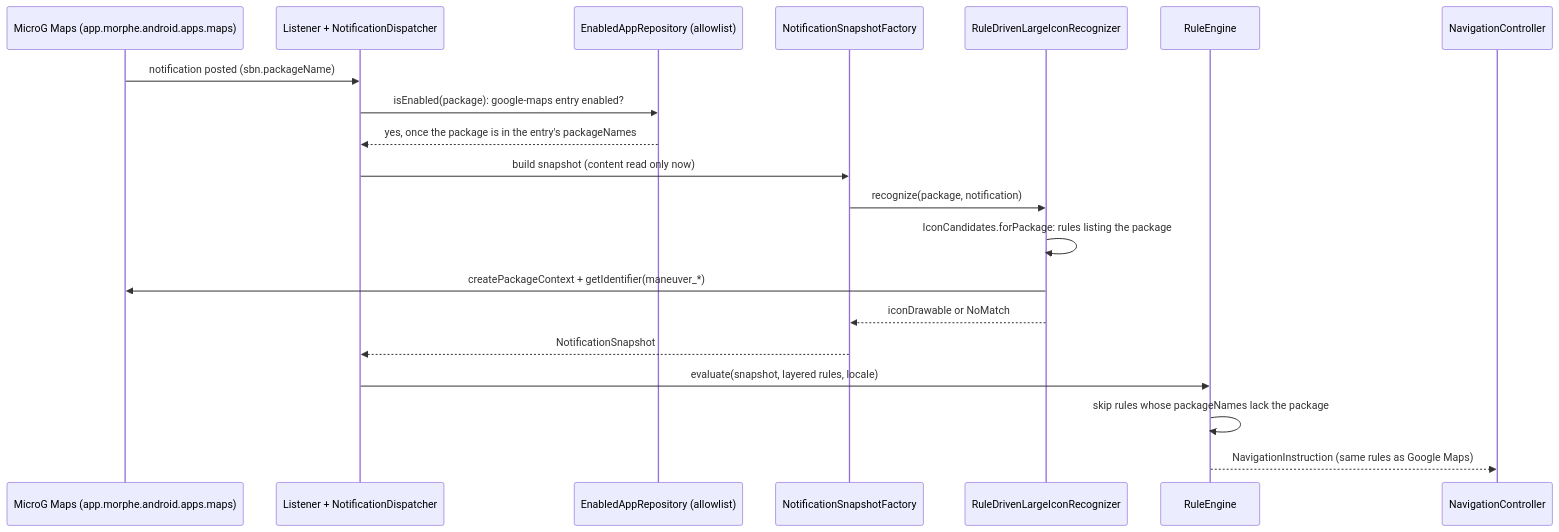
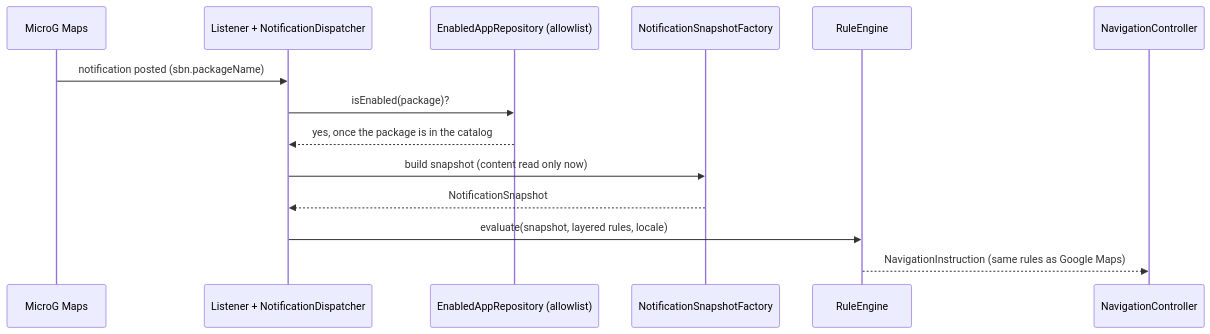
One commit to optio/PebbleNTN changed the seventh of 12 diagrams in aidlc/spaces/default/codekb/PebbleNTN/architecture.md. Above: the diagram before and after it, drawn with Mermaid. The commit also changed other lines of this file and 101 other files, not shown here.

````diff
--- a/aidlc/spaces/default/codekb/PebbleNTN/architecture.md
+++ b/aidlc/spaces/default/codekb/PebbleNTN/architecture.md
@@ -194,22 +238,16 @@
 ```mermaid
 sequenceDiagram
-  participant MM as MicroG Maps (app.morphe.android.apps.maps)
+  participant MM as MicroG Maps
   participant L as Listener + NotificationDispatcher
   participant EA as EnabledAppRepository (allowlist)
   participant SF as NotificationSnapshotFactory
-  participant IR as RuleDrivenLargeIconRecognizer
   participant E as RuleEngine
   participant C as NavigationController
   MM->>L: notification posted (sbn.packageName)
-  L->>EA: isEnabled(package): google-maps entry enabled?
-  EA-->>L: yes, once the package is in the entry's packageNames
+  L->>EA: isEnabled(package)?
+  EA-->>L: yes, once the package is in the catalog
   L->>SF: build snapshot (content read only now)
-  SF->>IR: recognize(package, notification)
-  IR->>IR: IconCandidates.forPackage: rules listing the package
-  IR->>MM: createPackageContext + getIdentifier(maneuver_*)
-  IR-->>SF: iconDrawable or NoMatch
   SF-->>L: NotificationSnapshot
   L->>E: evaluate(snapshot, layered rules, locale)
-  E->>E: skip rules whose packageNames lack the package
   E-->>C: NavigationInstruction (same rules as Google Maps)
 ```
````
